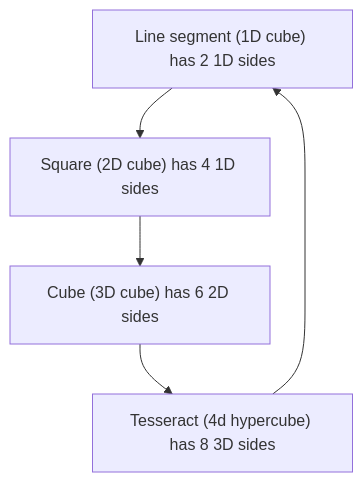
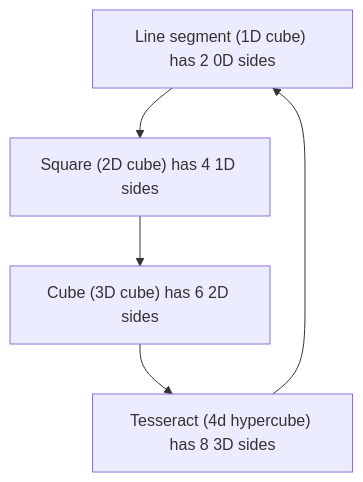
One commit to CopperStairs/4D_Render changed the diagram in README.md. Above: the diagram before and after it, drawn with Mermaid.

````diff
--- a/README.md
+++ b/README.md
@@ -23,8 +23,8 @@
 ```mermaid
 flowchart TD
-    line_segment["Line segment (1D cube) has 2 1D sides"]
+    line_segment["Line segment (1D cube) has 2 0D sides"]
     square["Square (2D cube) has 4 1D sides"]
     cube["Cube (3D cube) has 6 2D sides"]
     tesseract["Tesseract (4d hypercube) has 8 3D sides"]
     line_segment --> square --> cube --> tesseract --> line_segment
 ```
````
